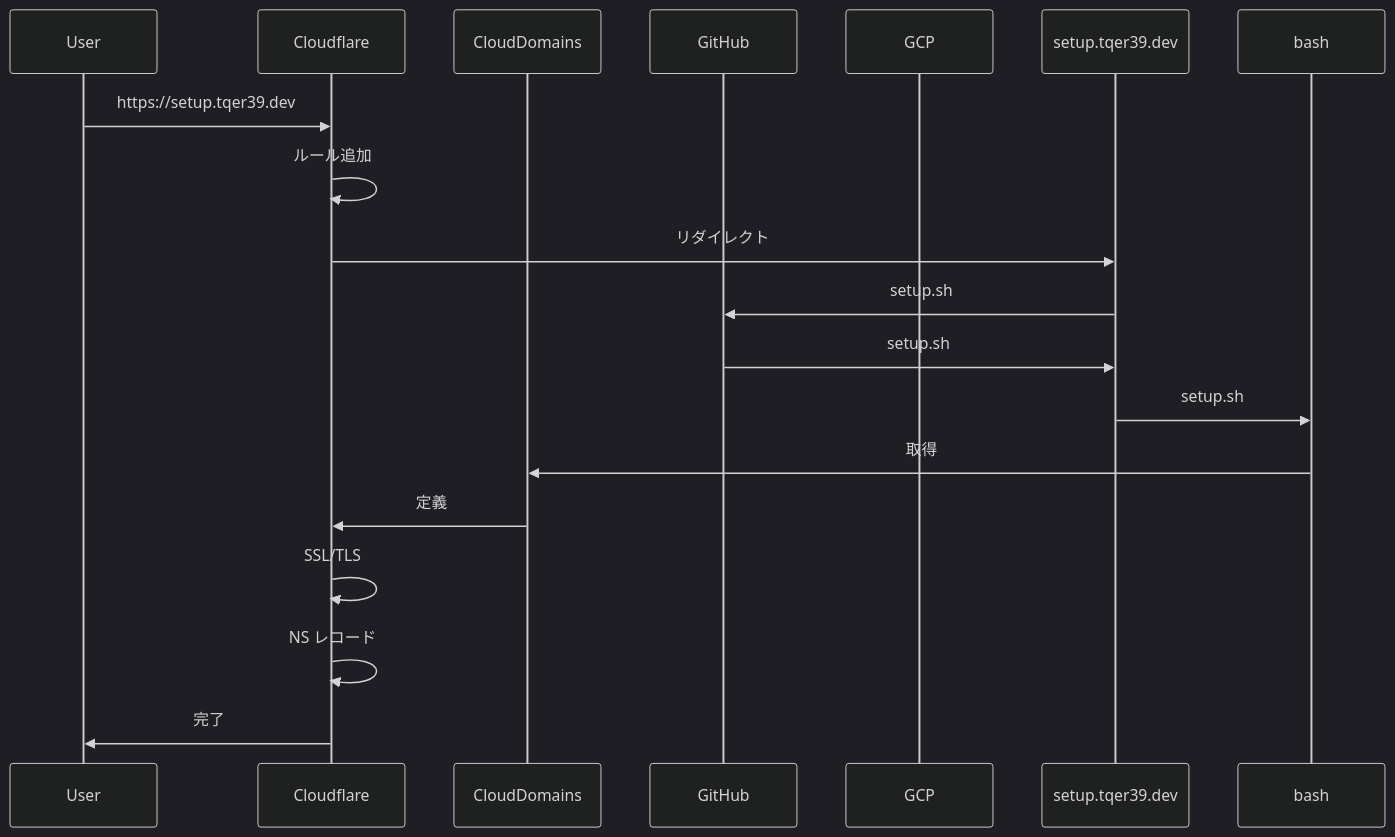
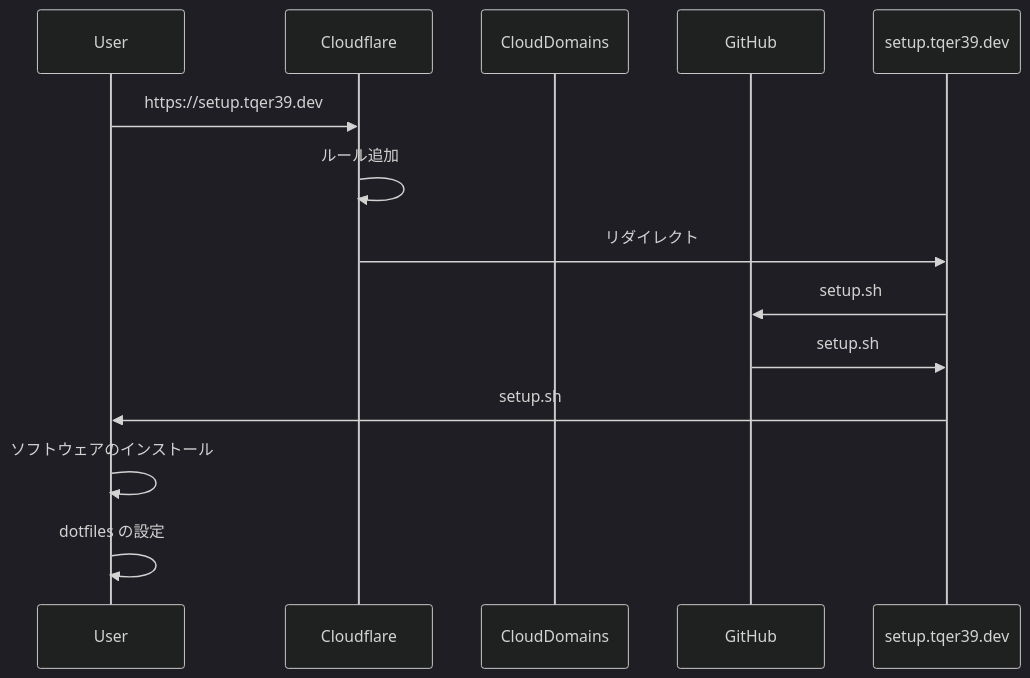
The diagram in docs/README.ja.md (tqer39/local-workspace-provisioning), drawn with Mermaid (dark theme) before and after one commit. The commit also changed other lines of this file and 7 other files, not shown here.

````diff
--- a/docs/README.ja.md
+++ b/docs/README.ja.md
@@ -22,22 +22,17 @@
 ```mermaid
 sequenceDiagram
-    participant User
-    participant Cloudflare
-    participant CloudDomains
-    participant GitHub
-    participant GCP
-    participant setup.tqer39.dev
-    participant bash
+  participant User
+  participant Cloudflare
+  participant CloudDomains
+  participant GitHub
+  participant setup.tqer39.dev
 
-    User->>Cloudflare: https://setup.tqer39.dev
-    Cloudflare->>Cloudflare: ルール追加
-    Cloudflare->>setup.tqer39.dev: リダイレクト
-    setup.tqer39.dev->>GitHub: setup.sh
-    GitHub->>setup.tqer39.dev: setup.sh
-    setup.tqer39.dev->>bash: setup.sh
-    bash->>CloudDomains: 取得
-    CloudDomains->>Cloudflare: 定義
-    Cloudflare->>Cloudflare: SSL/TLS
-    Cloudflare->>Cloudflare: NS レコード
-    Cloudflare->>User: 完了
+  User->>Cloudflare: https://setup.tqer39.dev
+  Cloudflare->>Cloudflare: ルール追加
+  Cloudflare->>setup.tqer39.dev: リダイレクト
+  setup.tqer39.dev->>GitHub: setup.sh
+  GitHub->>setup.tqer39.dev: setup.sh
+  setup.tqer39.dev->>User: setup.sh
+  User->>User: ソフトウェアのインストール
+  User->>User: dotfiles の設定
 ```
````
